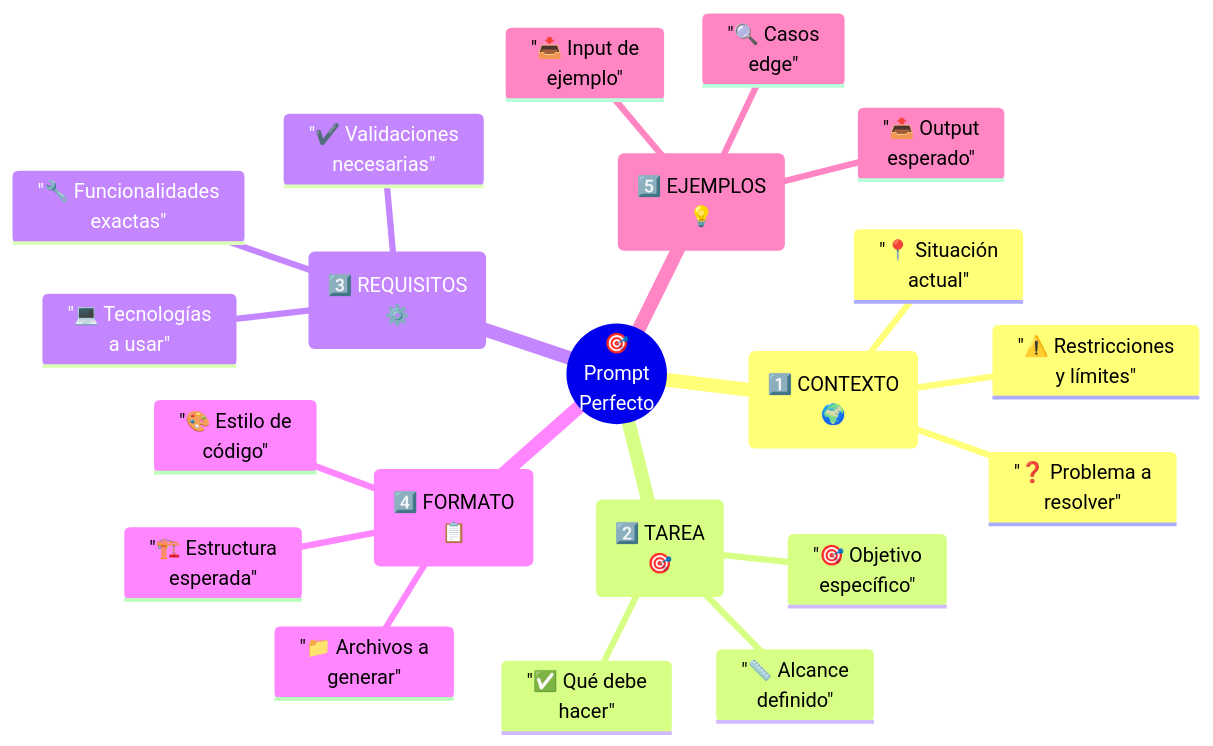
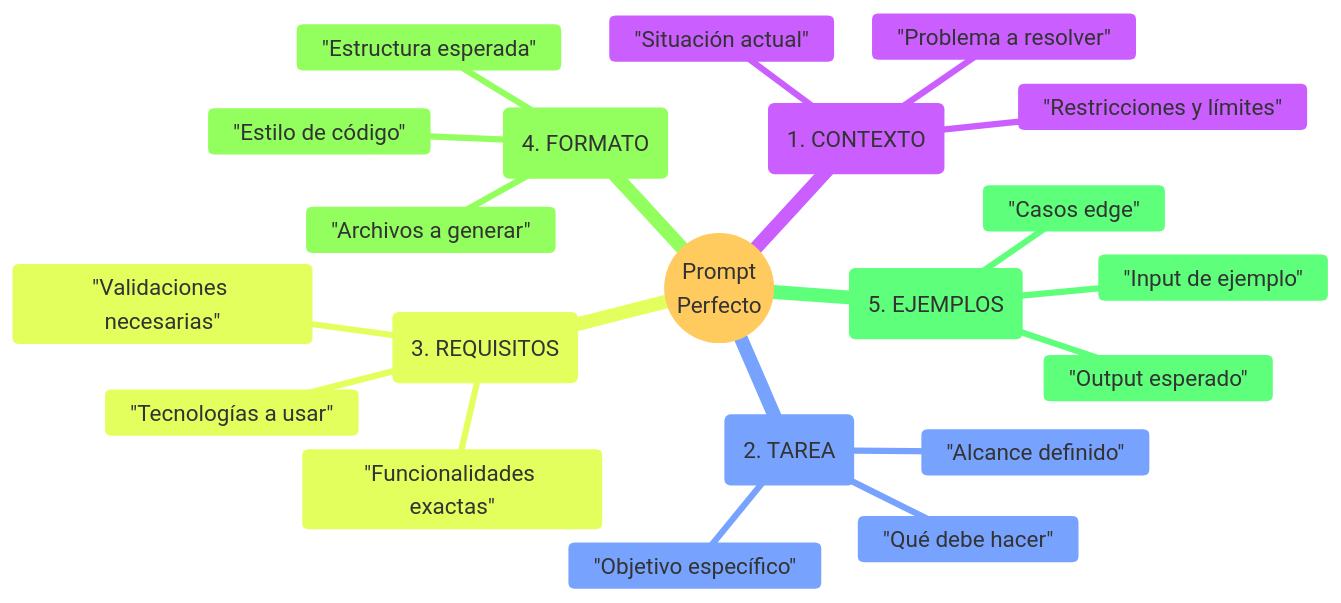
The third of 18 diagrams in courses/🟡-development/FPUNA-2026/00-FUNDAMENTOS-PRINCIPALES/03-ingenieria-prompts.md (Ai-Whisperers/Courses-Content), drawn with Mermaid before and after one commit. The commit also changed other lines of this file and 47 other files, not shown here.

First line of the commit message:
fix: Make all 473 diagrams WCAG AAA accessible (FPUNA-2026)

````diff
--- a/courses/🟡-development/FPUNA-2026/00-FUNDAMENTOS-PRINCIPALES/03-ingenieria-prompts.md
+++ b/courses/🟡-development/FPUNA-2026/00-FUNDAMENTOS-PRINCIPALES/03-ingenieria-prompts.md
@@ -126,24 +128,25 @@
 ```mermaid
+%%{init: {'theme':'base', 'themeVariables': {'fontSize':'18px'}}}%%
 mindmap
-  root(("🎯<br/>Prompt<br/>Perfecto"))
-    ("1️⃣ CONTEXTO<br/>🌍")
-      "📍 Situación<br/>actual"
-      "❓ Problema a<br/>resolver"
-      "⚠️ Restricciones<br/>y límites"
-    ("2️⃣ TAREA<br/>🎯")
-      "✅ Qué debe<br/>hacer"
-      "🎯 Objetivo<br/>específico"
-      "📏 Alcance<br/>definido"
-    ("3️⃣ REQUISITOS<br/>⚙️")
-      "🔧 Funcionalidades<br/>exactas"
-      "💻 Tecnologías<br/>a usar"
-      "✔️ Validaciones<br/>necesarias"
-    ("4️⃣ FORMATO<br/>📋")
-      "🏗️ Estructura<br/>esperada"
-      "📁 Archivos a<br/>generar"
-      "🎨 Estilo de<br/>código"
-    ("5️⃣ EJEMPLOS<br/>💡")
-      "📥 Input de<br/>ejemplo"
-      "📤 Output<br/>esperado"
-      "🔍 Casos<br/>edge"
+  root(("Prompt<br>Perfecto"))
+    ("1. CONTEXTO")
+      "Situación actual"
+      "Problema a resolver"
+      "Restricciones y límites"
+    ("2. TAREA")
+      "Qué debe hacer"
+      "Objetivo específico"
+      "Alcance definido"
+    ("3. REQUISITOS")
+      "Funcionalidades exactas"
+      "Tecnologías a usar"
+      "Validaciones necesarias"
+    ("4. FORMATO")
+      "Estructura esperada"
+      "Archivos a generar"
+      "Estilo de código"
+    ("5. EJEMPLOS")
+      "Input de ejemplo"
+      "Output esperado"
+      "Casos edge"
 ```
````
